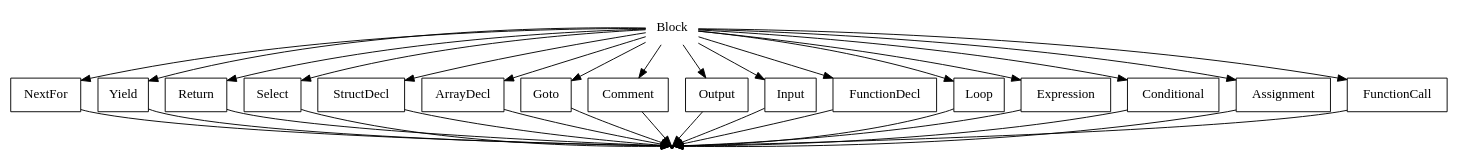
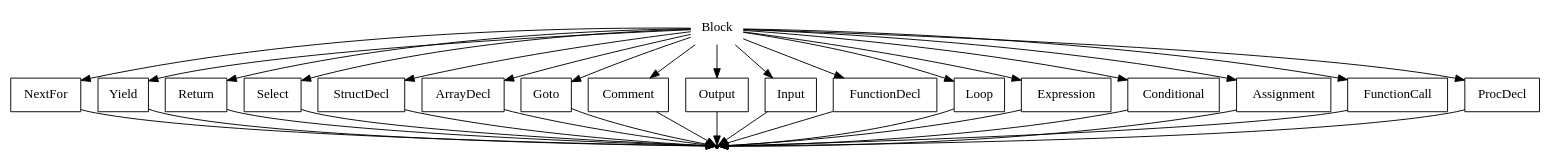
One commit to EgorGoluzin/DSL changed the diagram in DSLTools/examples/RBNFEXPRESSIONSTESTRULES/wirth/Block.gv. Above: the diagram before and after it, drawn with Graphviz. The commit also changed 6 other files, not shown here.

```diff
--- a/DSLTools/examples/RBNFEXPRESSIONSTESTRULES/wirth/Block.gv
+++ b/DSLTools/examples/RBNFEXPRESSIONSTESTRULES/wirth/Block.gv
@@ -1,52 +1,55 @@
 digraph Block {
   start [label="Block" shape=plaintext];
   A [label="NextFor" shape=box];
   B [label="Yield" shape=box];
   C [label="Return" shape=box];
   D [label="Select" shape=box];
   E [label="StructDecl" shape=box];
   F [label="ArrayDecl" shape=box];
   G [label="Goto" shape=box];
   H [label="Comment" shape=box];
   I [label="Output" shape=box];
   J [label="Input" shape=box];
   K [label="FunctionDecl" shape=box];
   L [label="Loop" shape=box];
   M [label="Expression" shape=box];
   N [label="Conditional" shape=box];
   O [label="Assignment" shape=box];
   P [label="FunctionCall" shape=box];
+  Q [label="ProcDecl" shape=box];
   end [label="" shape=point];
+  start -> Q;
   start -> P;
   start -> O;
   start -> N;
   start -> M;
   start -> L;
   start -> K;
   start -> J;
   start -> I;
   start -> H;
   start -> G;
   start -> F;
   start -> E;
   start -> D;
   start -> C;
   start -> B;
   start -> A;
   A -> end;
   B -> end;
   C -> end;
   D -> end;
   E -> end;
   F -> end;
   G -> end;
   H -> end;
   I -> end;
   J -> end;
   K -> end;
   L -> end;
   M -> end;
   N -> end;
   O -> end;
   P -> end;
+  Q -> end;
 }
```
